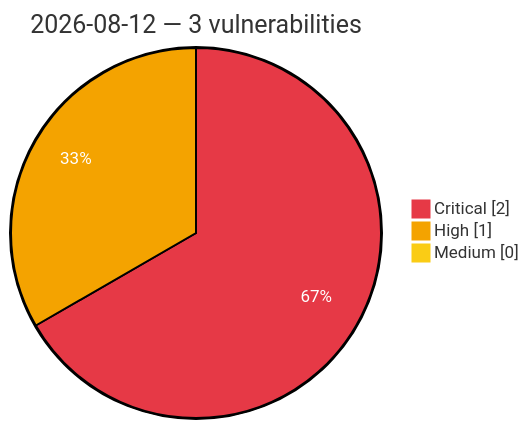
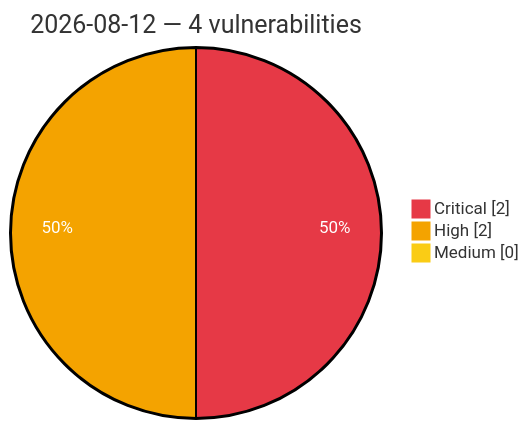
Before and after one commit to GhostX0X/vuln-tracker: the diagram in vulnerabilities/2026/August/2026-08-12.md, drawn with Mermaid. The commit also changed other lines of this file and 5 other files, not shown here.

````diff
--- a/vulnerabilities/2026/August/2026-08-12.md
+++ b/vulnerabilities/2026/August/2026-08-12.md
@@ -3,8 +3,8 @@
 ```mermaid
 %%{init: {'theme':'base', 'themeVariables': {'pie1':'#e63946', 'pie2':'#f4a300', 'pie3':'#facc15', 'pieOpacity':'1', 'pieOuterStrokeWidth':'2px', 'pieSectionTextColor':'#ffffff'}}}%%
 pie showData
-    title 2026-08-12 — 3 vulnerabilities
+    title 2026-08-12 — 4 vulnerabilities
     "Critical" : 2
-    "High" : 1
+    "High" : 2
     "Medium" : 0
 ```
````
